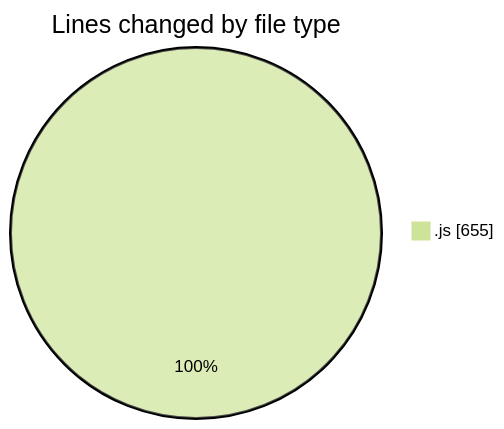
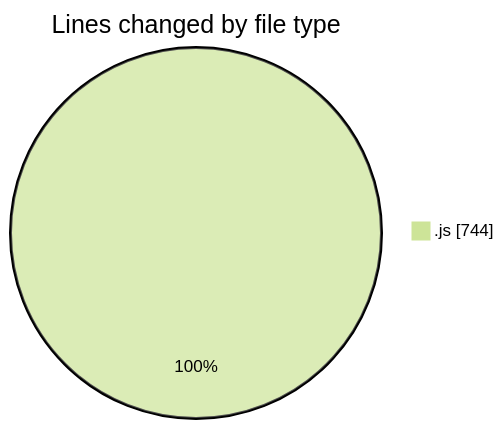
One commit to nxtqubesakshisongat/code-tracking changed the first of 2 diagrams in 2025-06-20/nxtqube_webapp/README.md. Above: the diagram before and after it, drawn with Mermaid (forest theme). The commit also changed other lines of this file and 1 other file, not shown here.

````diff
--- a/2025-06-20/nxtqube_webapp/README.md
+++ b/2025-06-20/nxtqube_webapp/README.md
@@ -29,5 +29,5 @@
 ```mermaid
 pie showData
 title Lines changed by file type
-".js" : 655
+".js" : 744
 ```
````
